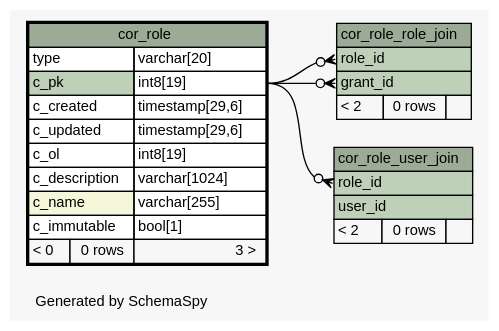
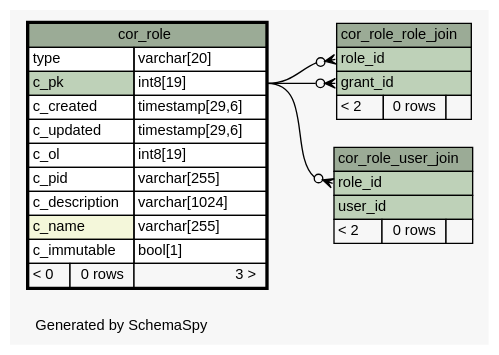
The diagram in schemaspy/diagrams/cor_role.1degree.dot (openwms/org.openwms.core.uaa), drawn with Graphviz before and after one commit. The commit also changed 393 other files, not shown here.

```diff
--- a/schemaspy/diagrams/cor_role.1degree.dot
+++ b/schemaspy/diagrams/cor_role.1degree.dot
@@ -1,64 +1,65 @@
 // dot 2.38.0 on Linux 4.15.0-1055-gcp
 // SchemaSpy rev Unknown
 digraph "oneDegreeRelationshipsDiagram" {
   graph [
     rankdir="RL"
     bgcolor="#f7f7f7"
     label="\nGenerated by SchemaSpy"
     labeljust="l"
     nodesep="0.18"
     ranksep="0.46"
     fontname="Helvetica"
     fontsize="11"
   ];
   node [
     fontname="Helvetica"
     fontsize="11"
     shape="plaintext"
   ];
   edge [
     arrowsize="0.8"
   ];
   "cor_role_role_join":"grant_id":w -> "cor_role":"c_pk.type":e [arrowhead=none dir=back arrowtail=crowodot];
   "cor_role_role_join":"role_id":w -> "cor_role":"c_pk.type":e [arrowhead=none dir=back arrowtail=crowodot];
   "cor_role_user_join":"role_id":w -> "cor_role":"c_pk.type":e [arrowhead=none dir=back arrowtail=crowodot];
   "cor_role" [
     label=<
     <TABLE BORDER="2" CELLBORDER="1" CELLSPACING="0" BGCOLOR="#ffffff">
       <TR><TD COLSPAN="3" BGCOLOR="#9bab96" ALIGN="CENTER">cor_role</TD></TR>
       <TR><TD PORT="type" COLSPAN="2" ALIGN="LEFT">type</TD><TD PORT="type.type" ALIGN="LEFT">varchar[20]</TD></TR>
       <TR><TD PORT="c_pk" COLSPAN="2" BGCOLOR="#bed1b8" ALIGN="LEFT">c_pk</TD><TD PORT="c_pk.type" ALIGN="LEFT">int8[19]</TD></TR>
       <TR><TD PORT="c_created" COLSPAN="2" ALIGN="LEFT">c_created</TD><TD PORT="c_created.type" ALIGN="LEFT">timestamp[29,6]</TD></TR>
       <TR><TD PORT="c_updated" COLSPAN="2" ALIGN="LEFT">c_updated</TD><TD PORT="c_updated.type" ALIGN="LEFT">timestamp[29,6]</TD></TR>
       <TR><TD PORT="c_ol" COLSPAN="2" ALIGN="LEFT">c_ol</TD><TD PORT="c_ol.type" ALIGN="LEFT">int8[19]</TD></TR>
+      <TR><TD PORT="c_pid" COLSPAN="2" ALIGN="LEFT">c_pid</TD><TD PORT="c_pid.type" ALIGN="LEFT">varchar[255]</TD></TR>
       <TR><TD PORT="c_description" COLSPAN="2" ALIGN="LEFT">c_description</TD><TD PORT="c_description.type" ALIGN="LEFT">varchar[1024]</TD></TR>
       <TR><TD PORT="c_name" COLSPAN="2" BGCOLOR="#f4f7da" ALIGN="LEFT">c_name</TD><TD PORT="c_name.type" ALIGN="LEFT">varchar[255]</TD></TR>
       <TR><TD PORT="c_immutable" COLSPAN="2" ALIGN="LEFT">c_immutable</TD><TD PORT="c_immutable.type" ALIGN="LEFT">bool[1]</TD></TR>
       <TR><TD ALIGN="LEFT" BGCOLOR="#f7f7f7">&lt; 0</TD><TD ALIGN="RIGHT" BGCOLOR="#f7f7f7">0 rows</TD><TD ALIGN="RIGHT" BGCOLOR="#f7f7f7">3 &gt;</TD></TR>
     </TABLE>>
     URL="cor_role.html"
     tooltip="cor_role"
   ];
   "cor_role_role_join" [
     label=<
     <TABLE BORDER="0" CELLBORDER="1" CELLSPACING="0" BGCOLOR="#ffffff">
       <TR><TD COLSPAN="3" BGCOLOR="#9bab96" ALIGN="CENTER">cor_role_role_join</TD></TR>
       <TR><TD PORT="role_id" COLSPAN="3" BGCOLOR="#bed1b8" ALIGN="LEFT">role_id</TD></TR>
       <TR><TD PORT="grant_id" COLSPAN="3" BGCOLOR="#bed1b8" ALIGN="LEFT">grant_id</TD></TR>
       <TR><TD ALIGN="LEFT" BGCOLOR="#f7f7f7">&lt; 2</TD><TD ALIGN="RIGHT" BGCOLOR="#f7f7f7">0 rows</TD><TD ALIGN="RIGHT" BGCOLOR="#f7f7f7">  </TD></TR>
     </TABLE>>
     URL="cor_role_role_join.html"
     tooltip="cor_role_role_join"
   ];
   "cor_role_user_join" [
     label=<
     <TABLE BORDER="0" CELLBORDER="1" CELLSPACING="0" BGCOLOR="#ffffff">
       <TR><TD COLSPAN="3" BGCOLOR="#9bab96" ALIGN="CENTER">cor_role_user_join</TD></TR>
       <TR><TD PORT="role_id" COLSPAN="3" BGCOLOR="#bed1b8" ALIGN="LEFT">role_id</TD></TR>
       <TR><TD PORT="user_id" COLSPAN="3" BGCOLOR="#bed1b8" ALIGN="LEFT">user_id</TD></TR>
       <TR><TD ALIGN="LEFT" BGCOLOR="#f7f7f7">&lt; 2</TD><TD ALIGN="RIGHT" BGCOLOR="#f7f7f7">0 rows</TD><TD ALIGN="RIGHT" BGCOLOR="#f7f7f7">  </TD></TR>
     </TABLE>>
     URL="cor_role_user_join.html"
     tooltip="cor_role_user_join"
   ];
 }
```
